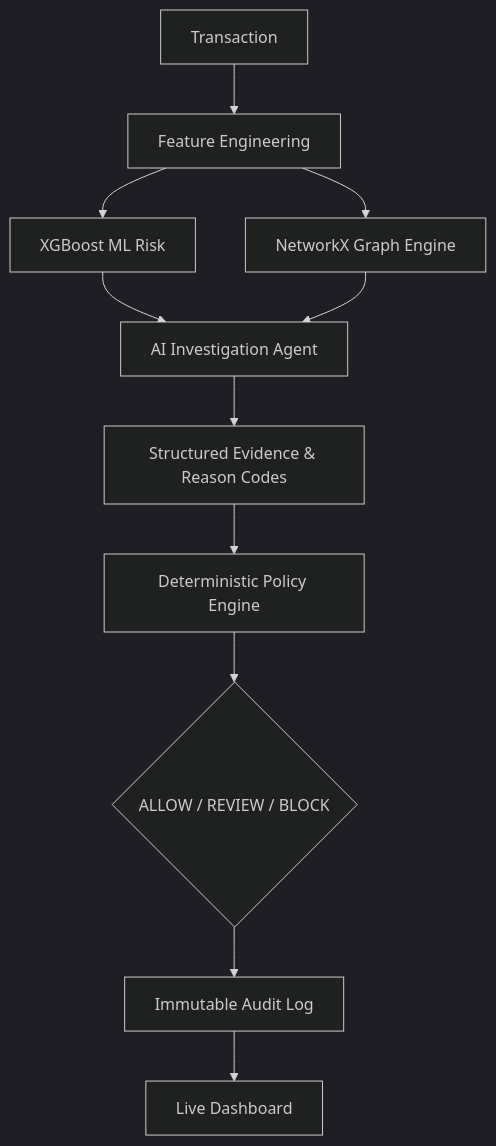
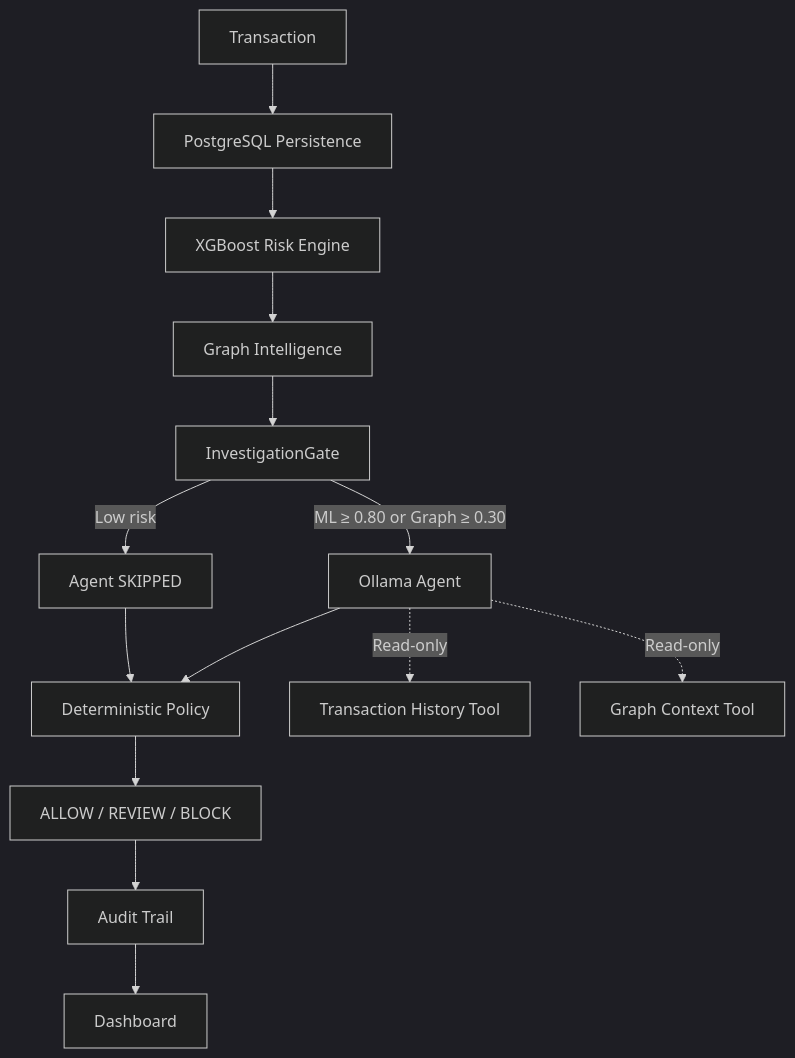
Before and after one commit to JakkulaVeerababu/risksentinel-X: the diagram in README.md, drawn with Mermaid (dark theme). The commit also changed other lines of this file and 191 other files, not shown here.

````diff
--- a/README.md
+++ b/README.md
@@ -21,13 +37,17 @@
 ```mermaid
 graph TD
-    A[Transaction] --> B[Feature Engineering]
-    B --> C[XGBoost ML Risk]
-    B --> D[NetworkX Graph Engine]
-    C --> E[AI Investigation Agent]
-    D --> E
-    E --> F[Structured Evidence & Reason Codes]
-    F --> G[Deterministic Policy Engine]
-    G --> H{ALLOW / REVIEW / BLOCK}
-    H --> I[Immutable Audit Log]
-    I --> J[Live Dashboard]
+    A[Transaction] --> B[PostgreSQL Persistence]
+    B --> C[XGBoost Risk Engine]
+    C --> D[Graph Intelligence]
+    D --> E[InvestigationGate]
+    E -->|ML ≥ 0.80 or Graph ≥ 0.30| F[Ollama Agent]
+    E -->|Low risk| G[Agent SKIPPED]
+    F --> H[Deterministic Policy]
+    G --> H
+    H --> I[ALLOW / REVIEW / BLOCK]
+    I --> J[Audit Trail]
+    J --> K[Dashboard]
+
+    F -.->|Read-only| L[Transaction History Tool]
+    F -.->|Read-only| M[Graph Context Tool]
 ```
````
